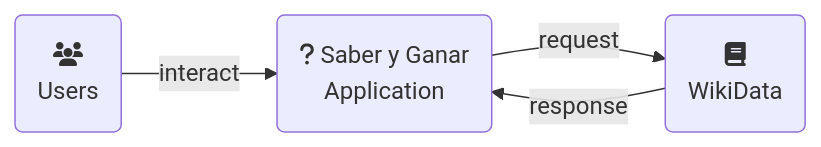
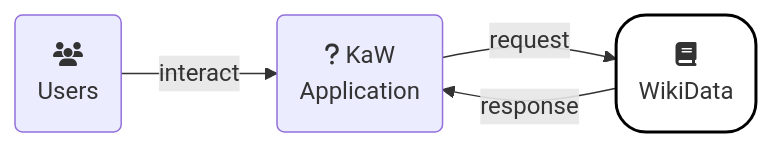
One commit to Arquisoft/wiq_en3b changed the first of 3 diagrams in docs/src/05_building_block_view.adoc. Above: the diagram before and after it, drawn with Mermaid. The commit also changed other lines of this file, not shown here.

```diff
--- a/docs/src/05_building_block_view.adoc
+++ b/docs/src/05_building_block_view.adoc
@@ -10,13 +10,14 @@
 [mermaid]
 ....
 flowchart LR
     u("fa:fa-users 
     Users")
-    wiq("fa:fa-question Saber y Ganar 
+    wiq("fa:fa-question KaW 
     Application")
     wd("fa:fa-book
     WikiData")
     u--"interact"-->wiq
     wiq--"request"-->wd
     wd--"response"-->wiq
+    style wd fill:#fff,stroke:#000,stroke-width:2px,rx:20px,ry:20px
 ....
```
